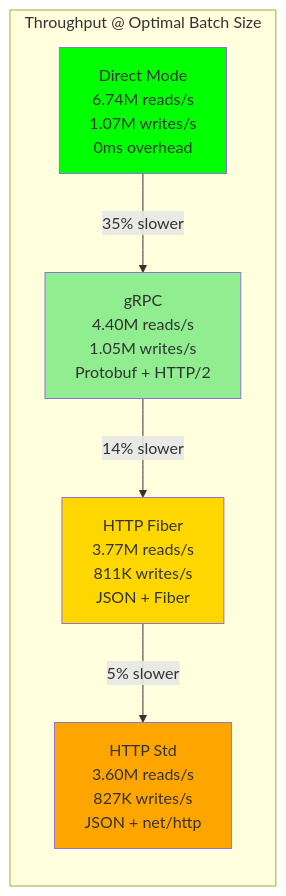
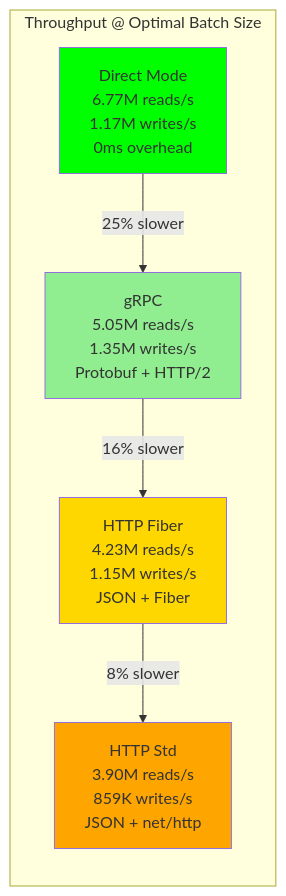
One commit to Lobarr/kv changed the sixth of 7 diagrams in README.md. Above: the diagram before and after it, drawn with Mermaid. The commit also changed other lines of this file and 1 other file, not shown here.

````diff
--- a/README.md
+++ b/README.md
@@ -291,18 +291,18 @@
 ```mermaid
 graph LR
     subgraph "Throughput @ Optimal Batch Size"
-        Direct[Direct Mode<br/>6.74M reads/s<br/>1.07M writes/s<br/>0ms overhead]
-        gRPC[gRPC<br/>4.40M reads/s<br/>1.05M writes/s<br/>Protobuf + HTTP/2]
-        Fiber[HTTP Fiber<br/>3.77M reads/s<br/>811K writes/s<br/>JSON + Fiber]
-        Std[HTTP Std<br/>3.60M reads/s<br/>827K writes/s<br/>JSON + net/http]
+        Direct[Direct Mode<br/>6.77M reads/s<br/>1.17M writes/s<br/>0ms overhead]
+        gRPC[gRPC<br/>5.05M reads/s<br/>1.35M writes/s<br/>Protobuf + HTTP/2]
+        Fiber[HTTP Fiber<br/>4.23M reads/s<br/>1.15M writes/s<br/>JSON + Fiber]
+        Std[HTTP Std<br/>3.90M reads/s<br/>859K writes/s<br/>JSON + net/http]
     end
 
-    Direct -->|35% slower| gRPC
-    gRPC -->|14% slower| Fiber
-    Fiber -->|5% slower| Std
+    Direct -->|25% slower| gRPC
+    gRPC -->|16% slower| Fiber
+    Fiber -->|8% slower| Std
 
     style Direct fill:#00ff00
     style gRPC fill:#90EE90
     style Fiber fill:#FFD700
     style Std fill:#FFA500
 ```
````
